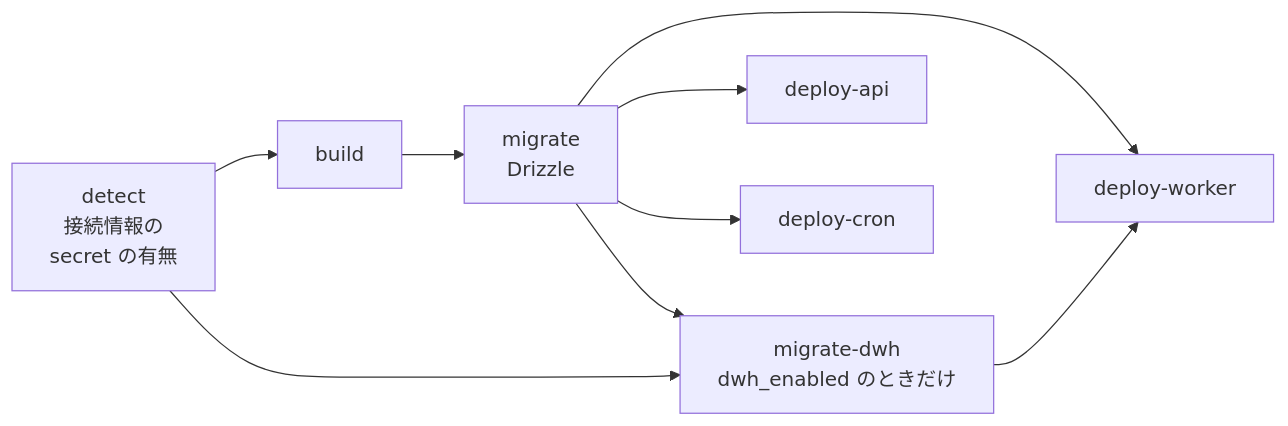
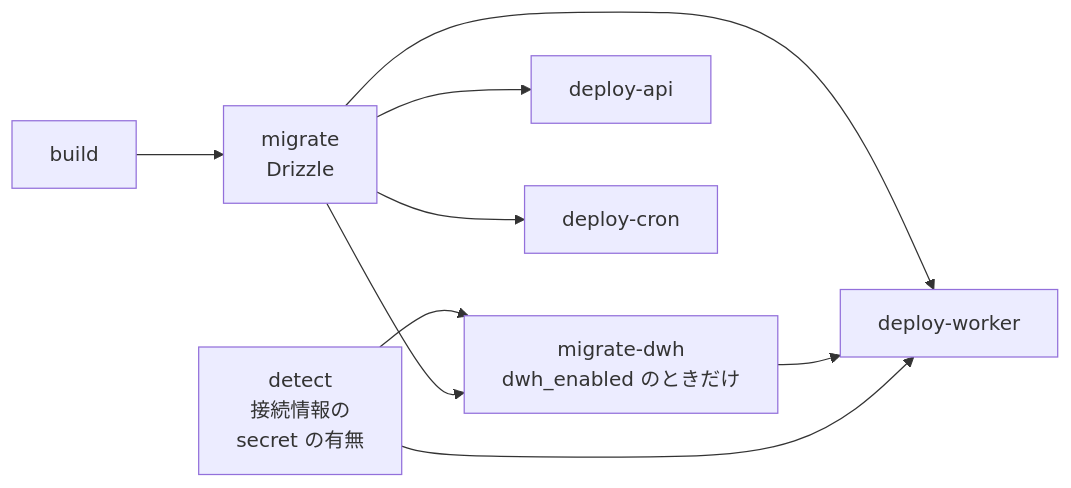
One commit to kentakki416/project-template changed the diagram in docs/spec/clickhouse-migration/tasks/step4-ci-deploy-dwh-migration.md. Above: the diagram before and after it, drawn with Mermaid. The commit also changed other lines of this file and 5 other files, not shown here.

````diff
--- a/docs/spec/clickhouse-migration/tasks/step4-ci-deploy-dwh-migration.md
+++ b/docs/spec/clickhouse-migration/tasks/step4-ci-deploy-dwh-migration.md
@@ -13,11 +13,11 @@
 ```mermaid
 flowchart LR
-    D[detect<br/>接続情報の<br/>secret の有無] --> B[build]
-    B --> M[migrate<br/>Drizzle]
+    B[build] --> M[migrate<br/>Drizzle]
+    D[detect<br/>接続情報の<br/>secret の有無] --> MD
     M --> MD[migrate-dwh<br/>dwh_enabled のときだけ]
-    D --> MD
     M --> A[deploy-api]
     M --> W[deploy-worker]
     MD --> W
+    D --> W
     M --> C[deploy-cron]
 ```
````
